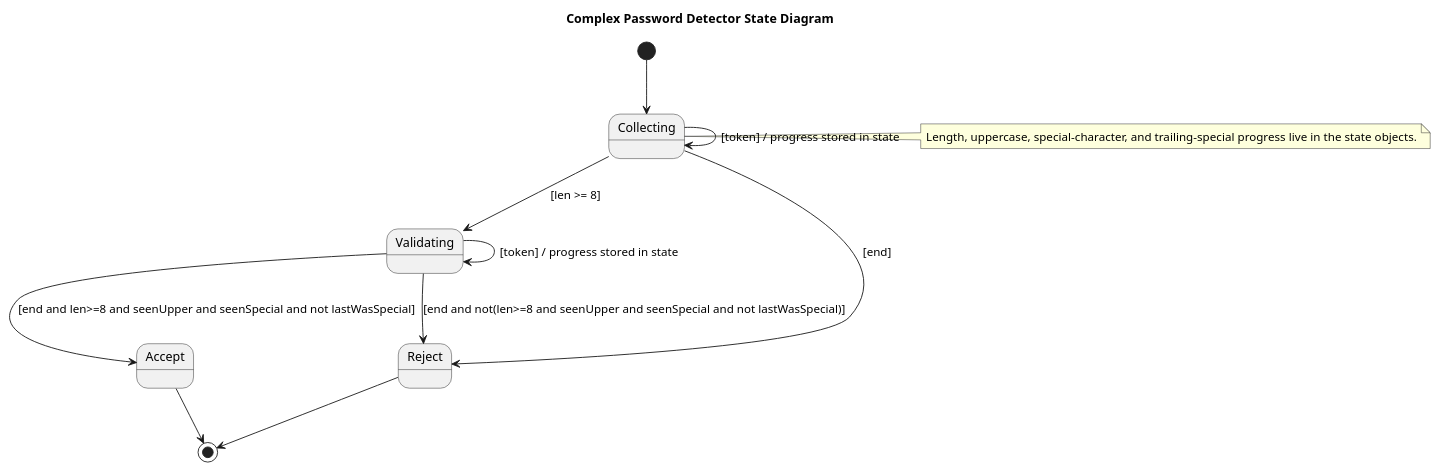
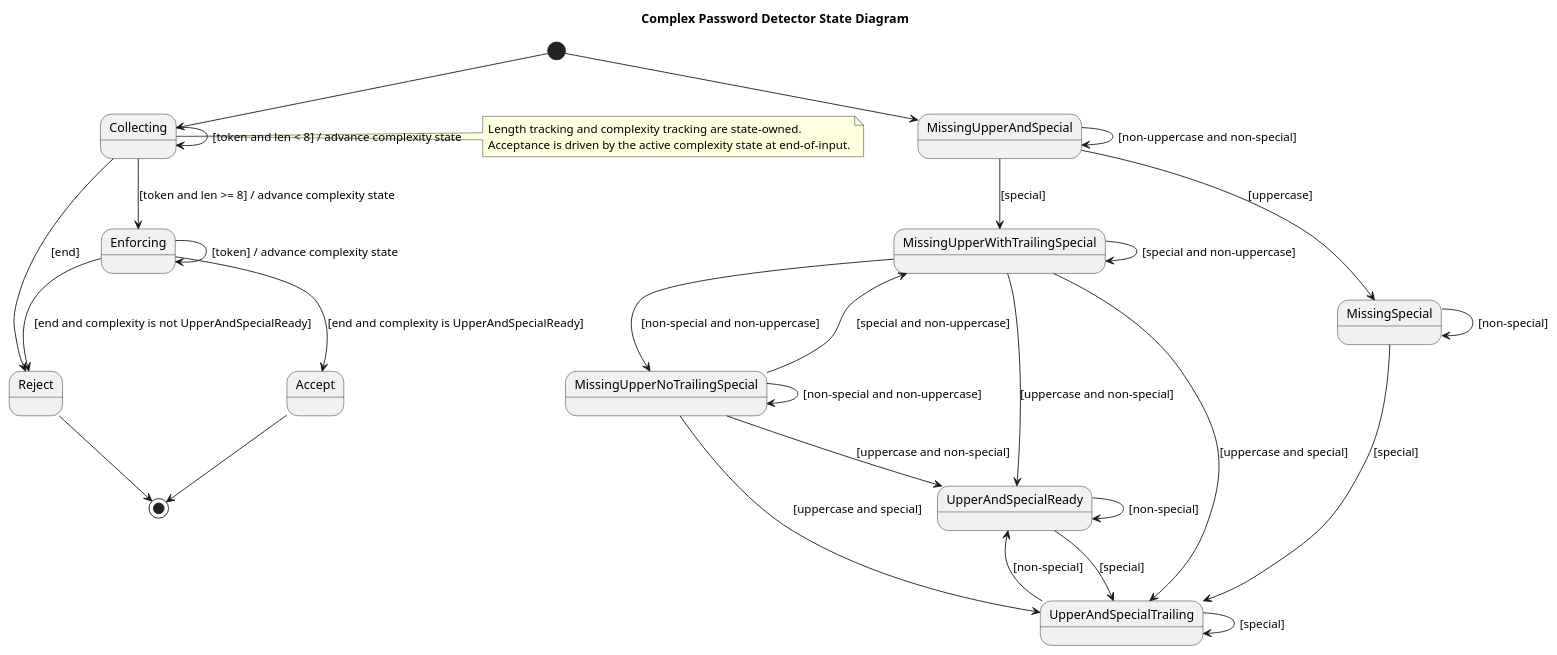
The diagram in uml/Password.puml (dmmecham/regular-expression-state-machine), drawn with PlantUML before and after one commit. The commit also changed 3 other files, not shown here.

```diff
--- a/uml/Password.puml
+++ b/uml/Password.puml
@@ -1,25 +1,57 @@
 @startuml PasswordStateMachine
 title Complex Password Detector State Diagram
 
 state "Collecting" as Collecting
-state "Validating" as Validating
+state "Enforcing" as Enforcing
 state "Accept" as Accept
 state "Reject" as Reject
 
+state "MissingUpperAndSpecial" as MissingUpperAndSpecial
+state "MissingUpperWithTrailingSpecial" as MissingUpperWithTrailingSpecial
+state "MissingUpperNoTrailingSpecial" as MissingUpperNoTrailingSpecial
+state "MissingSpecial" as MissingSpecial
+state "UpperAndSpecialTrailing" as UpperAndSpecialTrailing
+state "UpperAndSpecialReady" as UpperAndSpecialReady
+
 [*] --> Collecting
 
-Collecting --> Collecting : [token] / progress stored in state
-Collecting --> Validating : [len >= 8]
-Validating --> Validating : [token] / progress stored in state
+Collecting --> Collecting : [token and len < 8] / advance complexity state
+Collecting --> Enforcing : [token and len >= 8] / advance complexity state
+Enforcing --> Enforcing : [token] / advance complexity state
 
 Collecting --> Reject : [end]
-Validating --> Accept : [end and len>=8 and seenUpper and seenSpecial and not lastWasSpecial]
-Validating --> Reject : [end and not(len>=8 and seenUpper and seenSpecial and not lastWasSpecial)]
+Enforcing --> Accept : [end and complexity is UpperAndSpecialReady]
+Enforcing --> Reject : [end and complexity is not UpperAndSpecialReady]
+
+[*] --> MissingUpperAndSpecial
+MissingUpperAndSpecial --> MissingUpperAndSpecial : [non-uppercase and non-special]
+MissingUpperAndSpecial --> MissingSpecial : [uppercase]
+MissingUpperAndSpecial --> MissingUpperWithTrailingSpecial : [special]
+
+MissingUpperWithTrailingSpecial --> MissingUpperWithTrailingSpecial : [special and non-uppercase]
+MissingUpperWithTrailingSpecial --> MissingUpperNoTrailingSpecial : [non-special and non-uppercase]
+MissingUpperWithTrailingSpecial --> UpperAndSpecialTrailing : [uppercase and special]
+MissingUpperWithTrailingSpecial --> UpperAndSpecialReady : [uppercase and non-special]
+
+MissingUpperNoTrailingSpecial --> MissingUpperNoTrailingSpecial : [non-special and non-uppercase]
+MissingUpperNoTrailingSpecial --> MissingUpperWithTrailingSpecial : [special and non-uppercase]
+MissingUpperNoTrailingSpecial --> UpperAndSpecialTrailing : [uppercase and special]
+MissingUpperNoTrailingSpecial --> UpperAndSpecialReady : [uppercase and non-special]
+
+MissingSpecial --> MissingSpecial : [non-special]
+MissingSpecial --> UpperAndSpecialTrailing : [special]
+
+UpperAndSpecialTrailing --> UpperAndSpecialTrailing : [special]
+UpperAndSpecialTrailing --> UpperAndSpecialReady : [non-special]
+
+UpperAndSpecialReady --> UpperAndSpecialReady : [non-special]
+UpperAndSpecialReady --> UpperAndSpecialTrailing : [special]
 
 Accept --> [*]
 Reject --> [*]
 
 note right of Collecting
-Length, uppercase, special-character, and trailing-special progress live in the state objects.
+Length tracking and complexity tracking are state-owned.
+Acceptance is driven by the active complexity state at end-of-input.
 end note
 @enduml
```
